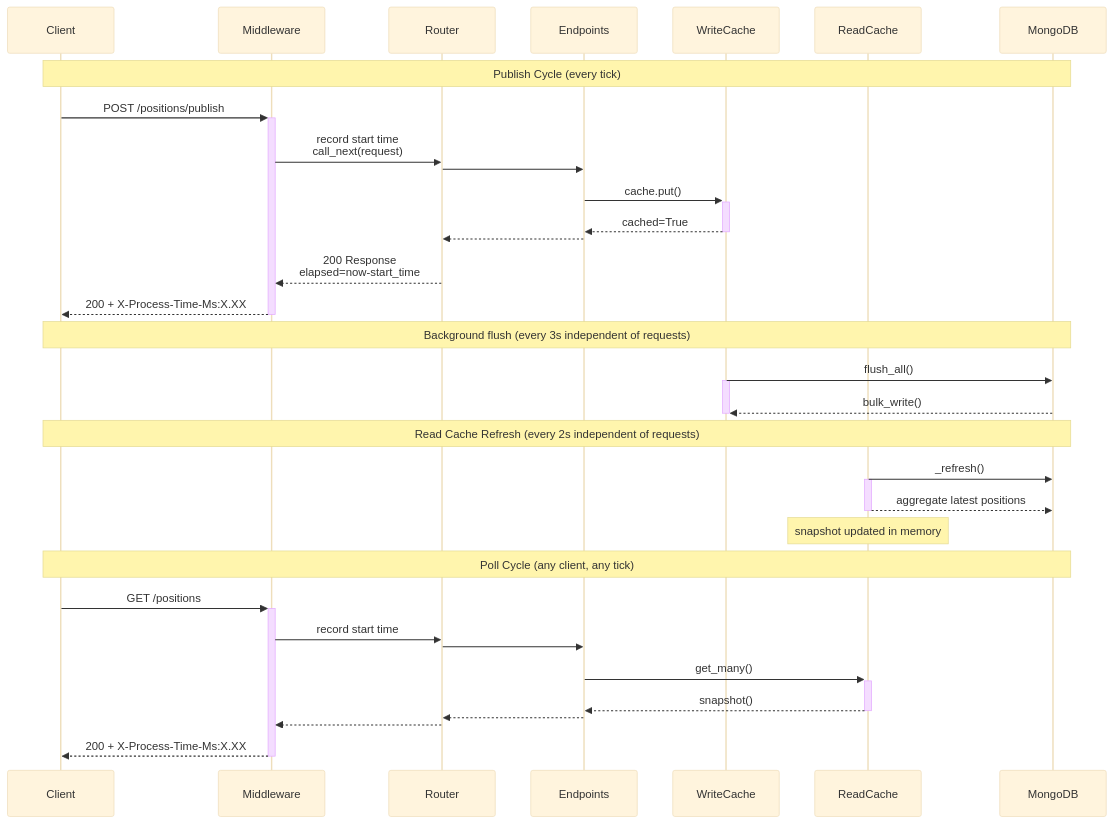
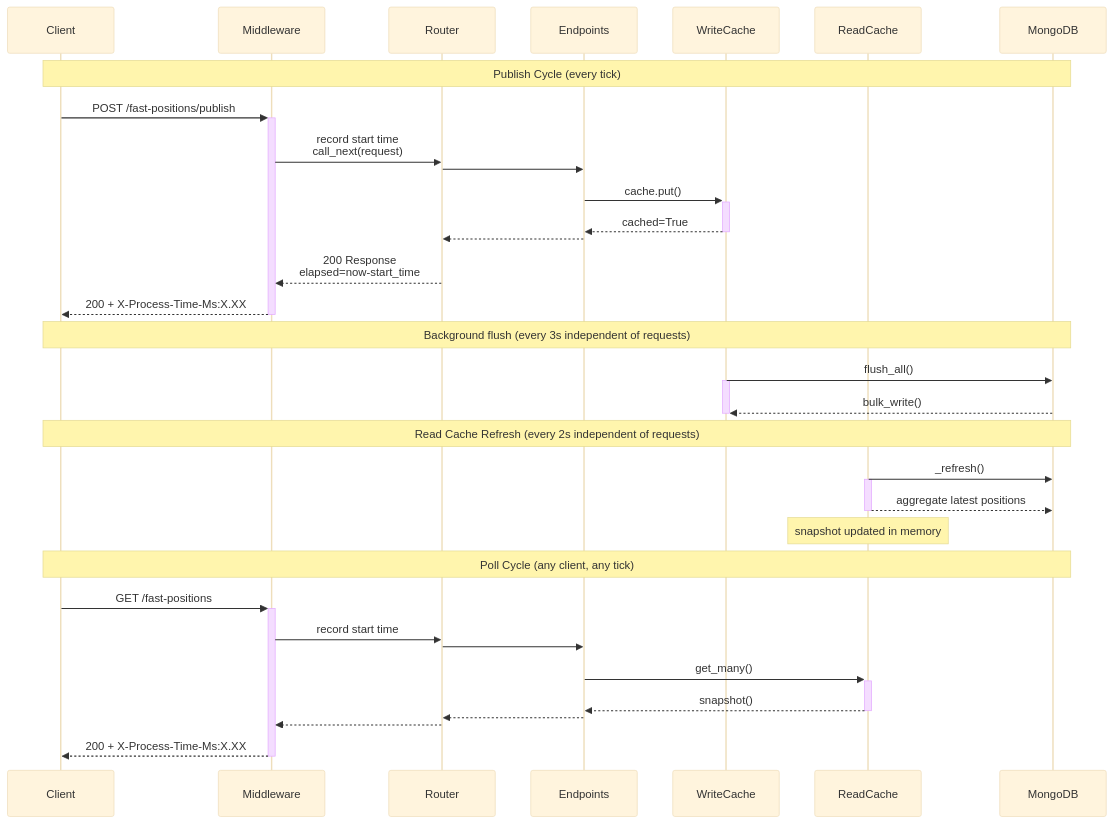
One commit to kirandesimone/microsync changed the second of 2 diagrams in README.md. Above: the diagram before and after it, drawn with Mermaid (base theme). The commit also changed other lines of this file and 11 other files, not shown here.

Commit message:
Renames the fast api endpoint from `positions` to `fast-positions` across APIs, database collections, and tests.

````diff
--- a/README.md
+++ b/README.md
@@ -121,42 +121,42 @@
 ```mermaid
 sequenceDiagram
     participant Client
     participant Middleware
     participant Router
     participant Endpoints
     participant WriteCache
     participant ReadCache
     participant MongoDB
     
     Note over Client,MongoDB: Publish Cycle (every tick)
-    Client->>+Middleware: POST /positions/publish
+    Client->>+Middleware: POST /fast-positions/publish
     Middleware->>Router: record start time<br/>call_next(request)
     Router->>Endpoints: 
     Endpoints->>+WriteCache: cache.put()
     WriteCache-->>-Endpoints: cached=True
     Endpoints-->>Router: 
     Router-->>Middleware: 200 Response<br/>elapsed=now-start_time
     Middleware-->>-Client: 200 + X-Process-Time-Ms:X.XX
     Note over Client,MongoDB: Background flush (every 3s independent of requests)
     WriteCache->>MongoDB: flush_all()
     activate WriteCache
     MongoDB-->>WriteCache: bulk_write()
     deactivate WriteCache
     Note over Client,MongoDB: Read Cache Refresh (every 2s independent of requests)
     ReadCache->>MongoDB: _refresh()
     activate ReadCache
     ReadCache-->>MongoDB: aggregate latest positions 
     deactivate ReadCache
     Note over ReadCache: snapshot updated in memory
     Note over Client,MongoDB: Poll Cycle (any client, any tick)
-    Client->>+Middleware: GET /positions
+    Client->>+Middleware: GET /fast-positions
     Middleware->>Router: record start time
     Router->>Endpoints: 
     Endpoints->>+ReadCache: get_many()
     ReadCache-->>-Endpoints: snapshot()
     Endpoints-->>Router:     
     Router-->>Middleware: 
     Middleware-->>-Client: 200 + X-Process-Time-Ms:X.XX
     
     
 ```
````
